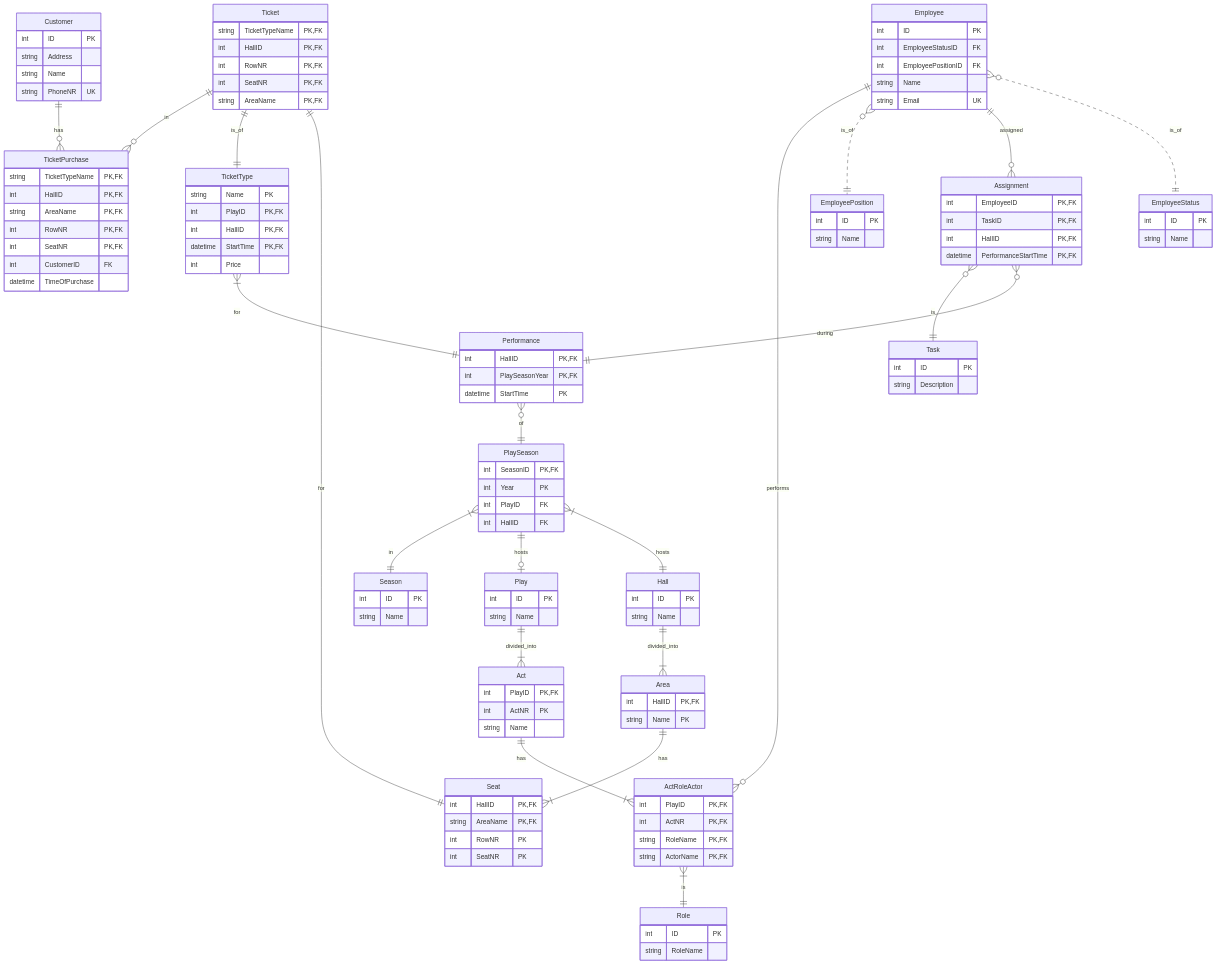
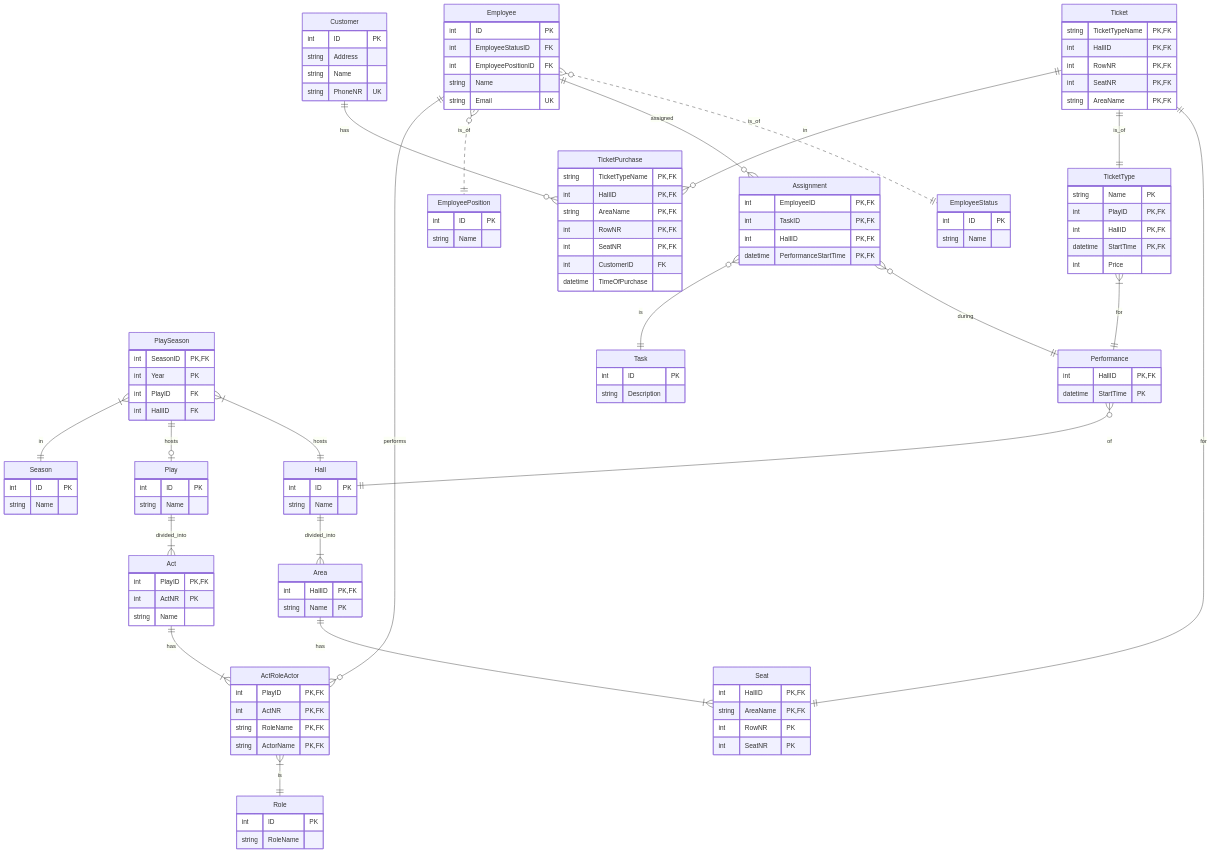
The diagram in README.md (phibkro/datdat_db2), drawn with Mermaid before and after one commit. The commit also changed other lines of this file and 5 other files, not shown here.

```diff
--- a/README.md
+++ b/README.md
@@ -56,10 +114,9 @@
 %% Performance section
 Performance {
     int HallID PK,FK
-    int PlaySeasonYear PK,FK
     datetime StartTime PK
 }
-Performance }o--|| PlaySeason : of
+Performance }o--|| Hall : of
 
 Hall {
     int ID PK
```
